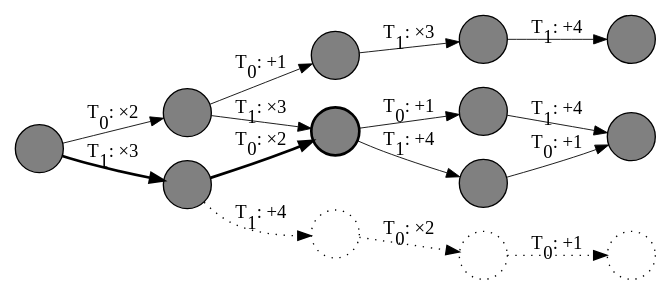
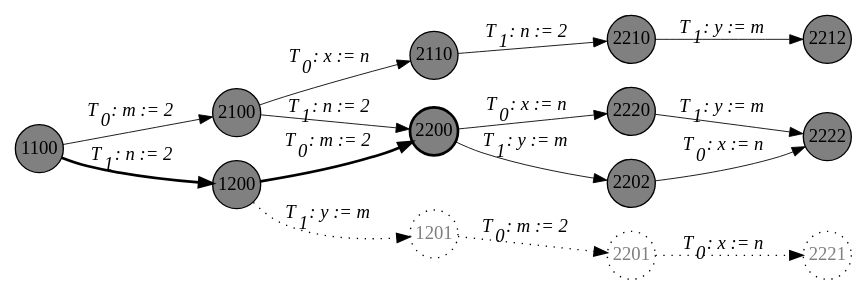
One commit to isaac-dunn/Part2_Project changed the diagram in diss/figs/sdpor.gv. Above: the diagram before and after it, drawn with Graphviz.

Commit message:
Update SDPOR motivation diagram
Now doesn't assume multiplying x
by two different numbers are
independent, as it isn't in
PL and I was worried this would
lead to confusion. Instead, it
assigns different variables.

```diff
--- a/diss/figs/sdpor.gv
+++ b/diss/figs/sdpor.gv
@@ -1,25 +1,25 @@
 digraph SDPOR {
     rankdir=LR;
     node [shape=circle,style=filled, fillcolor=grey,
-          fontcolor=grey, fixedsize=true, label="", fontname="Palatino"];
-    edge [fontname="Palatino", penwidth=0.66, color=black];
+          fontcolor=black, fixedsize=true, fontname="Palatino"];
+    edge [fontname="Palatino-Italic", penwidth=0.66, color=black];
 
-    00 -> 10 [label=<T<sub>0</sub>: &#215;2>];
-    10 -> 20 [label=<T<sub>0</sub>: +1>];
-    20 -> 217[label=<T<sub>1</sub>: &#215;3>];
-    217-> 227[label=<T<sub>1</sub>: +4>];
-    11 [style="bold,filled"];
-    10 -> 11 [label=<T<sub>1</sub>: &#215;3>];
-    11 -> 218[label=<T<sub>0</sub>: +1>];
-    218-> 228[label=<T<sub>1</sub>: +4>];
-    11 -> 128[label=<T<sub>1</sub>: +4>];
-    128-> 228[label=<T<sub>0</sub>: +1>];
+    1100 -> 2100 [label=<T<sub>0</sub>: m := 2>];
+    2100 -> 2110 [label=<T<sub>0</sub>: x := n>];
+    2110 -> 2210[label=<T<sub>1</sub>: n := 2>];
+    2210-> 2212[label=<T<sub>1</sub>: y := m>];
+    2200 [style="bold,filled"];
+    2100 -> 2200 [label=<T<sub>1</sub>: n := 2>];
+    2200 -> 2220[label=<T<sub>0</sub>: x := n>];
+    2220-> 2222[label=<T<sub>1</sub>: y := m>];
+    2200 -> 2202[label=<T<sub>1</sub>: y := m>];
+    2202-> 2222[label=<T<sub>0</sub>: x := n>];
     edge [style=bold, penwidth=2.0];
-    00 -> 01 [label=<T<sub>1</sub>: &#215;3>];
-    01 -> 11 [label=<T<sub>0</sub>: &#215;2>];
-    node [style=dotted];
+    1100 -> 1200 [label=<T<sub>1</sub>: n := 2>];
+    1200 -> 2200 [label=<T<sub>0</sub>: m := 2>];
+    node [style=dotted, fontcolor=grey50];
     edge [style=dotted, penwidth=1.0];
-    01 -> 02 [label=<T<sub>1</sub>: +4>];
-    02 -> 129[label=<T<sub>0</sub>: &#215;2>];
-    129-> 229[label=<T<sub>0</sub>: +1>];
+    1200 -> 1201 [label=<T<sub>1</sub>: y := m>];
+    1201 -> 2201[label=<T<sub>0</sub>: m := 2>];
+    2201-> 2221[label=<T<sub>0</sub>: x := n>];
 }
```
